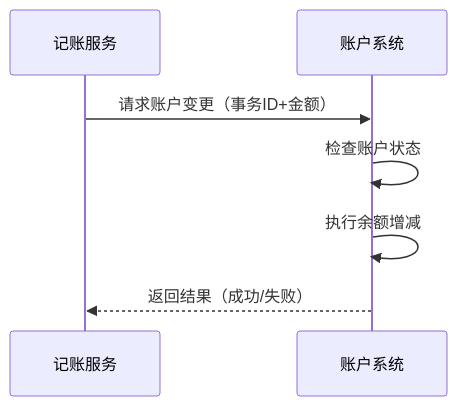
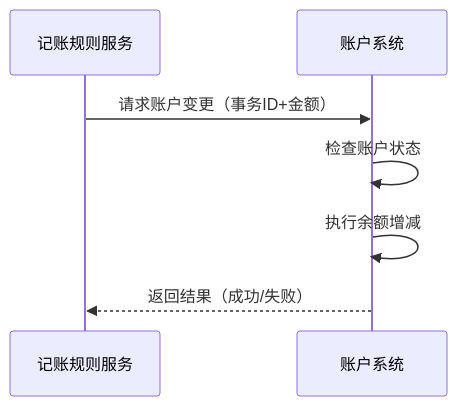
The diagram in all/记账操作.md (87828943/iodraw-files), drawn with Mermaid before and after one commit.

Commit message:
2025-07-07 16:11:40 update

````diff
--- a/all/记账操作.md
+++ b/all/记账操作.md
@@ -1,9 +1,9 @@
 ```mermaid
 sequenceDiagram
-    participant A as 记账服务
+    participant A as 记账规则服务
     participant B as 账户系统
     A->>B: 请求账户变更（事务ID+金额）
     B->>B: 检查账户状态
     B->>B: 执行余额增减
     B-->>A: 返回结果（成功/失败）
 ```
````
